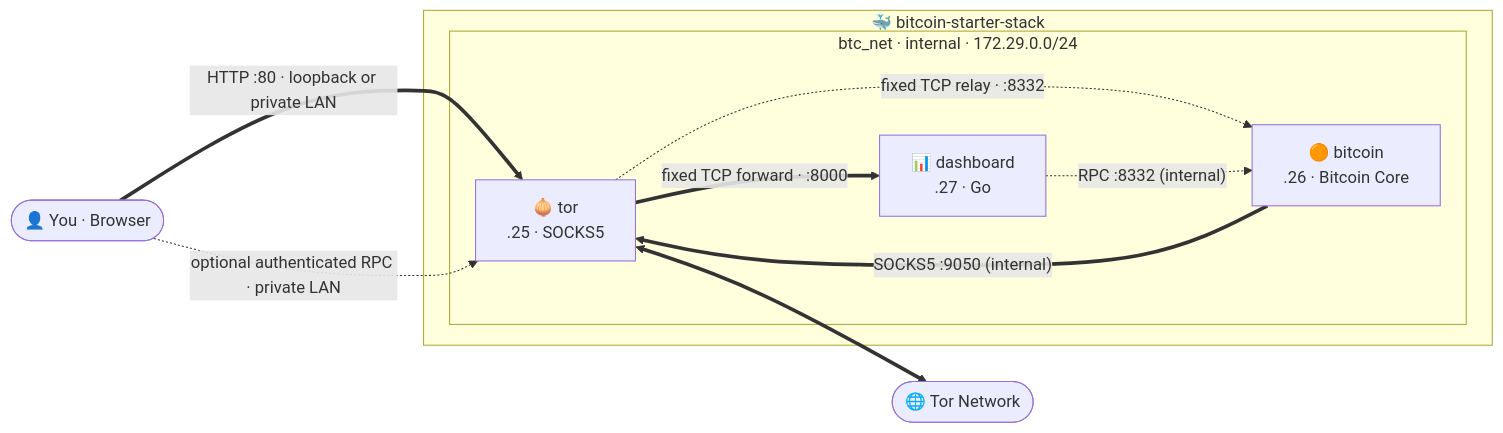
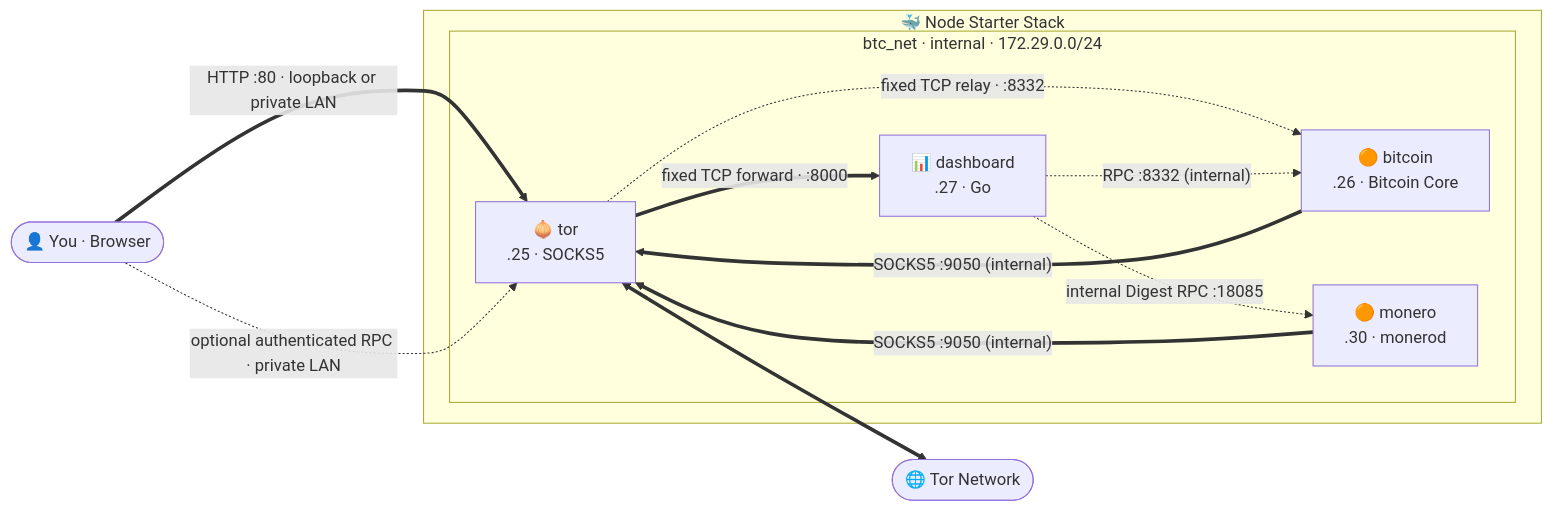
One commit to VijitSingh97/bitcoin-starter-stack changed the diagram in docs/architecture.md. Above: the diagram before and after it, drawn with Mermaid. The commit also changed other lines of this file and 46 other files, not shown here.

Commit message:
Add optional Monero nodes and multi-node dashboard

````diff
--- a/docs/architecture.md
+++ b/docs/architecture.md
@@ -6,21 +6,24 @@
 ```mermaid
 flowchart LR
     You(["👤 You · Browser"])
     Net(["🌐 Tor Network"])
 
-    subgraph stack ["🐳 bitcoin-starter-stack"]
+    subgraph stack ["🐳 Node Starter Stack"]
       subgraph internal ["btc_net · internal · 172.29.0.0/24"]
         Dashboard["📊 dashboard<br/>.27 · Go"]
         Bitcoin["🟠 bitcoin<br/>.26 · Bitcoin Core"]
+        Monero["🟠 monero<br/>.30 · monerod"]
         Tor["🧅 tor<br/>.25 · SOCKS5"]
       end
     end
 
     You ==>|"HTTP :80 · loopback or private LAN"| Tor
     Tor ==>|"fixed TCP forward · :8000"| Dashboard
     You -.->|"optional authenticated RPC · private LAN"| Tor
     Tor -.->|"fixed TCP relay · :8332"| Bitcoin
     Dashboard -.->|"RPC :8332 (internal)"| Bitcoin
+    Dashboard -.->|"internal Digest RPC :18085"| Monero
     Bitcoin ==>|"SOCKS5 :9050 (internal)"| Tor
+    Monero ==>|"SOCKS5 :9050 (internal)"| Tor
     Tor <==> Net
 ```
````
